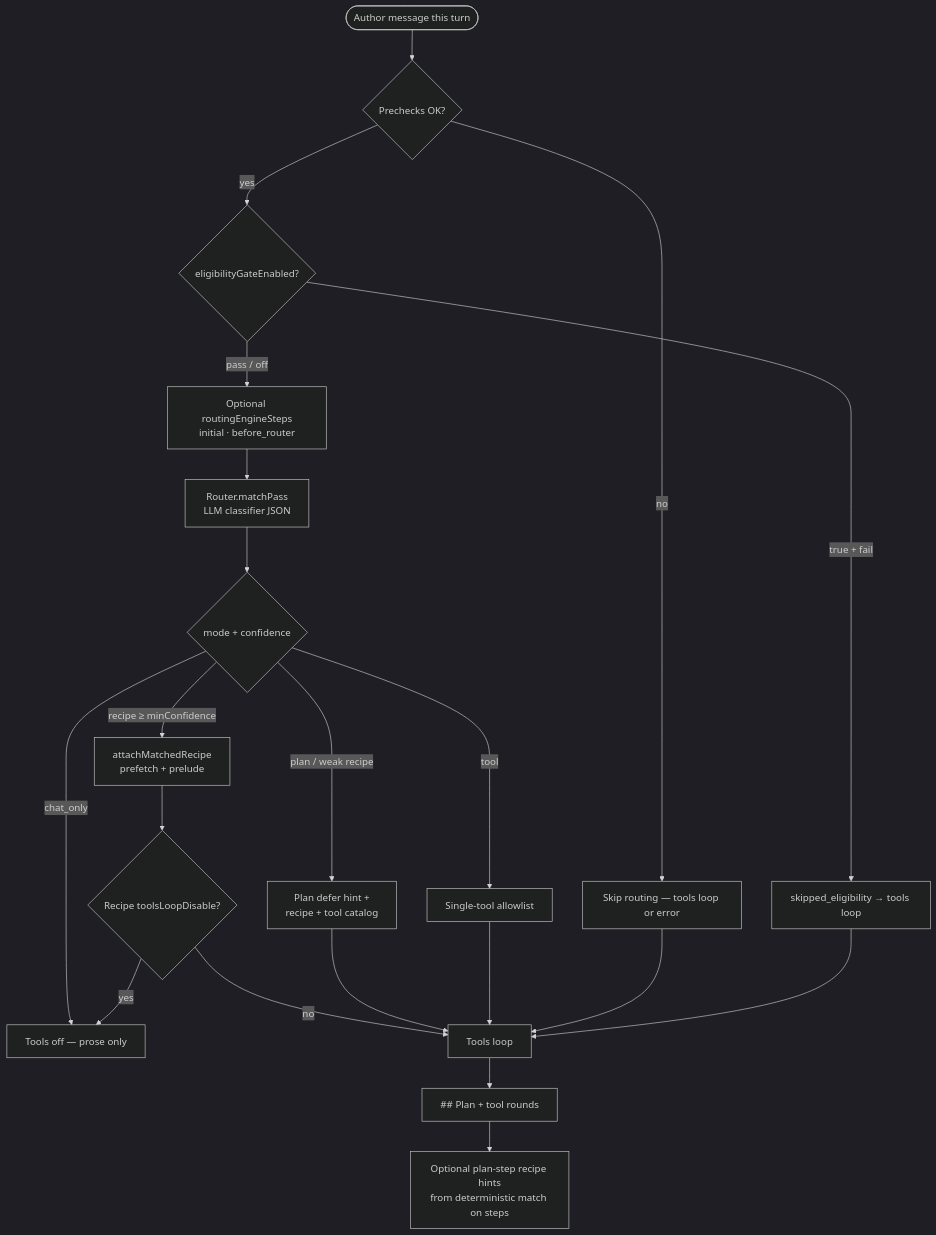
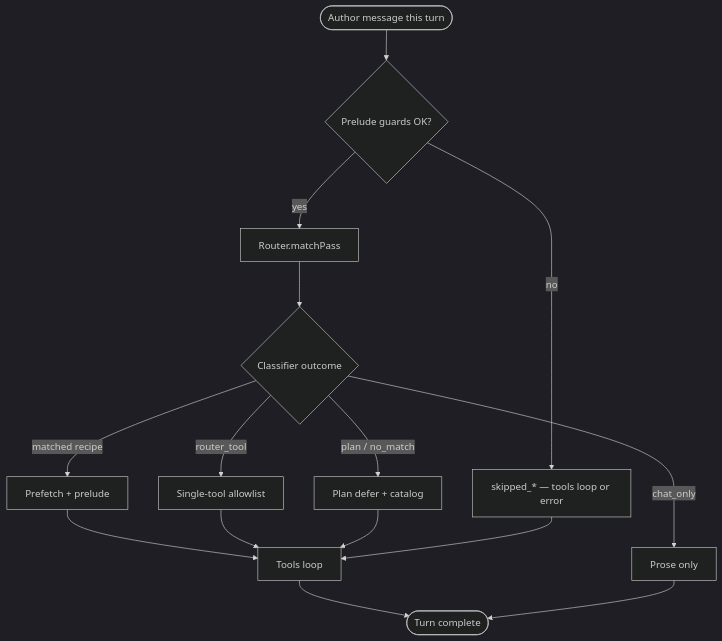
One commit to craftercms/ai-assistant-plugin changed the first of 3 diagrams in docs/internals/intent-recipe-routing.md. Above: the diagram before and after it, drawn with Mermaid (dark theme). The commit also changed other lines of this file and 1 other file, not shown here.

First line of the commit message:
Replace ASCII flow diagrams with Mermaid in routing docs.

````diff
--- a/docs/internals/intent-recipe-routing.md
+++ b/docs/internals/intent-recipe-routing.md
@@ -34,23 +34,17 @@
 ```mermaid
 flowchart TD
-  A([Author message this turn]) --> B{Prechecks OK?}
-  B -->|no| Bskip[Skip routing — tools loop or error]
-  B -->|yes| Eg{eligibilityGateEnabled?}
-  Eg -->|true + fail| BskipElig[skipped_eligibility → tools loop]
-  Eg -->|pass / off| Eng[Optional routingEngineSteps\ninitial · before_router]
-  Eng --> R[Router.matchPass\nLLM classifier JSON]
-  R --> Mode{mode + confidence}
-  Mode -->|recipe ≥ minConfidence| M[attachMatchedRecipe\nprefetch + prelude]
-  Mode -->|chat_only| CO[Tools off — prose only]
-  Mode -->|tool| ST[Single-tool allowlist]
-  Mode -->|plan / weak recipe| P[Plan defer hint +\nrecipe + tool catalog]
-  M --> H{Recipe toolsLoopDisable?}
-  H -->|yes| CO
-  H -->|no| J[Tools loop]
-  P --> J
-  ST --> J
-  Bskip --> J
-  BskipElig --> J
-  J --> Plan[## Plan + tool rounds]
-  Plan --> StepHints[Optional plan-step recipe hints\nfrom deterministic match on steps]
+  Turn([Author message this turn]) --> Pre{Prelude guards OK?}
+  Pre -->|no| Skip[skipped_* — tools loop or error]
+  Pre -->|yes| Classify[Router.matchPass]
+  Classify --> Out{Classifier outcome}
+  Out -->|matched recipe| Recipe[Prefetch + prelude]
+  Out -->|chat_only| Prose[Prose only]
+  Out -->|router_tool| OneTool[Single-tool allowlist]
+  Out -->|plan / no_match| PlanHint[Plan defer + catalog]
+  Recipe --> Loop[Tools loop]
+  OneTool --> Loop
+  PlanHint --> Loop
+  Skip --> Loop
+  Loop --> Done([Turn complete])
+  Prose --> Done
 ```
````
